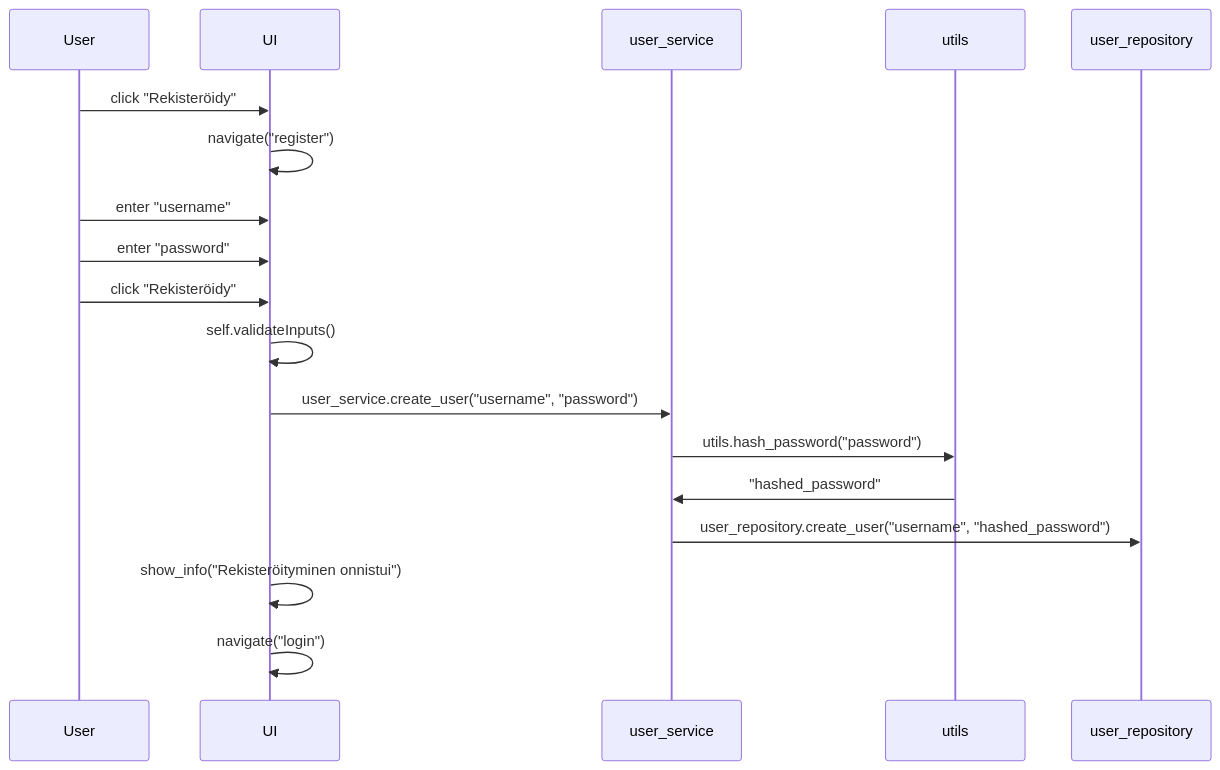
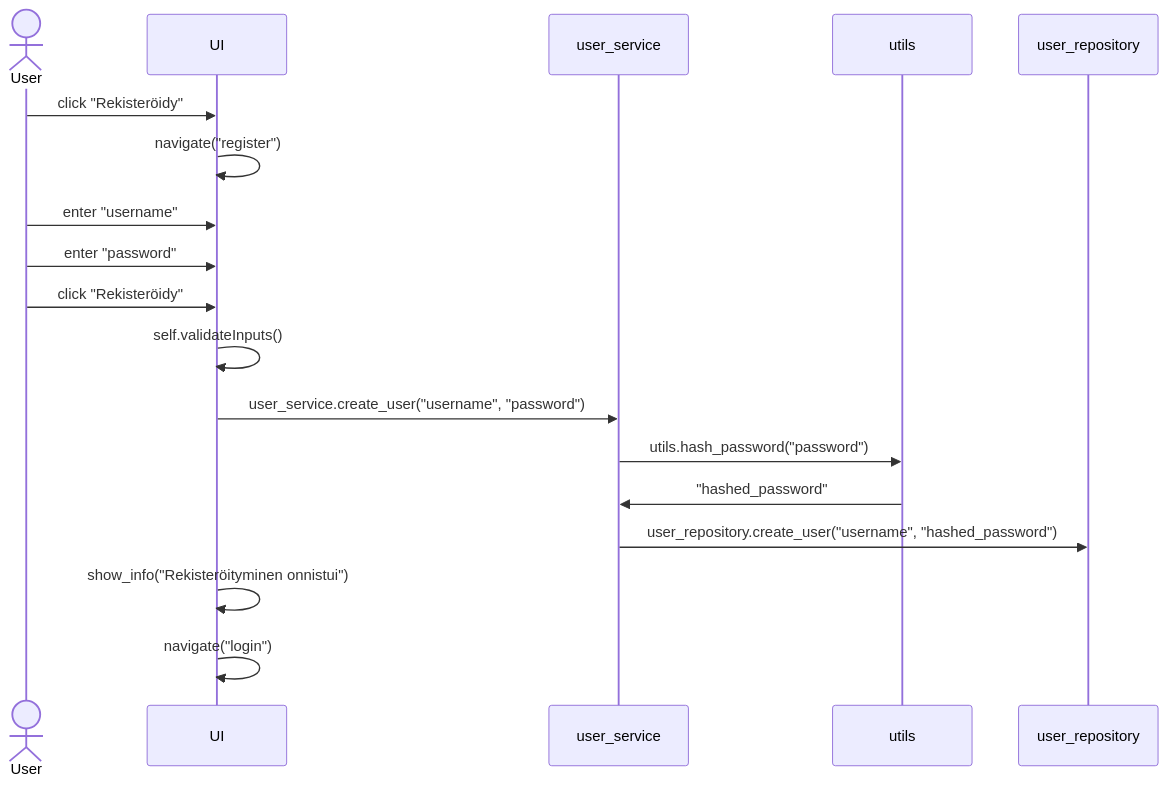
The second of 4 diagrams in dokumentaatio/arkkitehtuuri.md (MineTech0/ot-harjoitustyo), drawn with Mermaid before and after one commit. The commit also changed other lines of this file and 10 other files, not shown here.

````diff
--- a/dokumentaatio/arkkitehtuuri.md
+++ b/dokumentaatio/arkkitehtuuri.md
@@ -24,15 +66,16 @@
 ```mermaid
 sequenceDiagram
+    Actor User
     User->>UI: click "Rekisteröidy"
     UI->>UI: navigate("register")
     User->>UI: enter "username"
     User->>UI: enter "password"
     User->>UI: click "Rekisteröidy"
     UI->>UI: self.validateInputs()
     UI->>user_service: user_service.create_user("username", "password")
     user_service->>utils: utils.hash_password("password")
     utils->>user_service: "hashed_password"
     user_service->>user_repository: user_repository.create_user("username", "hashed_password")
     UI->>UI:show_info("Rekisteröityminen onnistui")
     UI->>UI: navigate("login")
 ```
````
